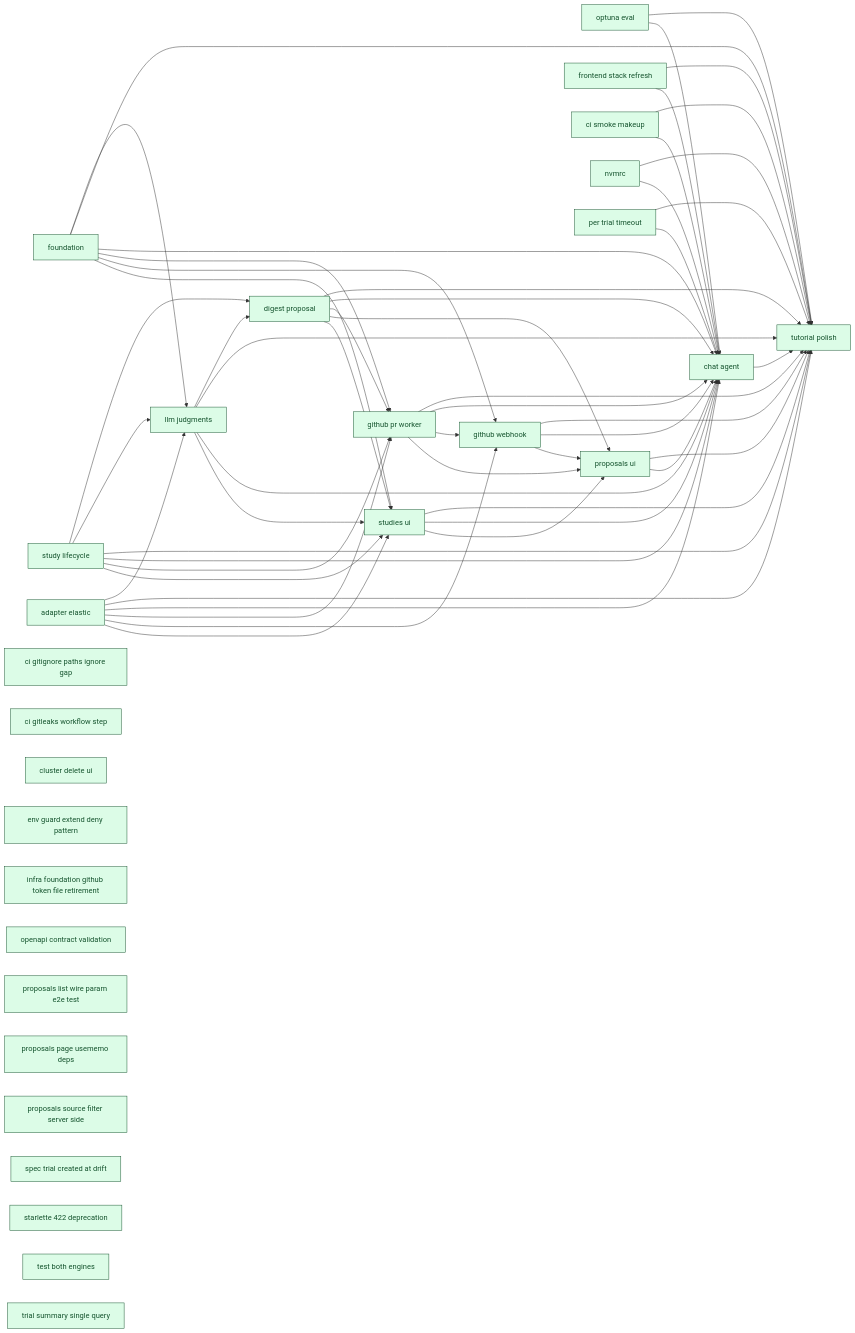
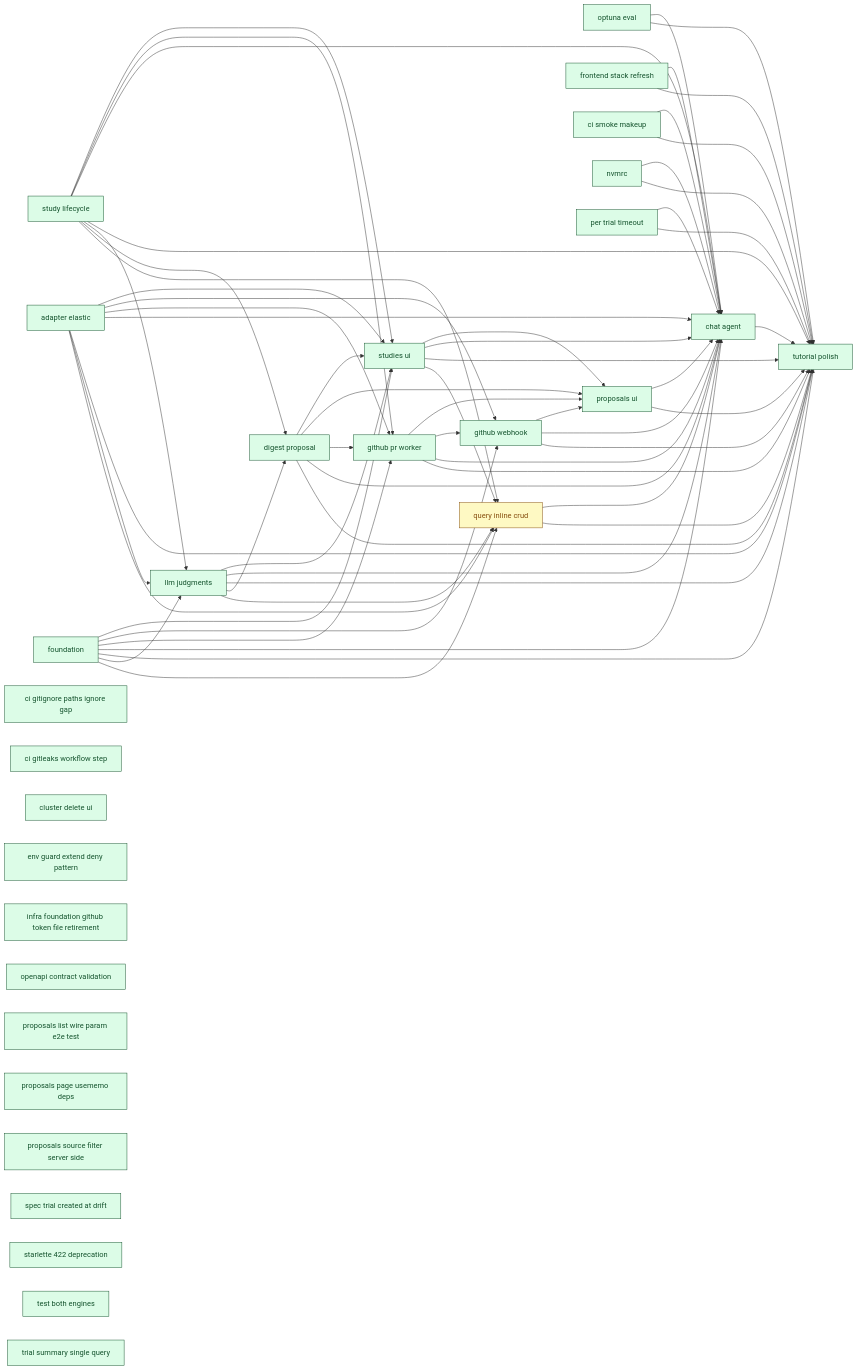
Before and after one commit to SoundMindsAI/relyloop: the diagram in docs/00_overview/MVP1_DASHBOARD.md, drawn with Mermaid. The commit also changed other lines of this file and 47 other files, not shown here.

First line of the commit message:
feat(query-inline-crud): backend GET/PATCH/DELETE + frontend QueriesTable with inline edit/metadata/delete + 409 toast (#101)

```diff
--- a/docs/00_overview/MVP1_DASHBOARD.md
+++ b/docs/00_overview/MVP1_DASHBOARD.md
@@ -99,6 +106,8 @@
   classDef plan fill:#fef9c3,stroke:#854d0e,color:#854d0e;
   classDef spec fill:#dbeafe,stroke:#1e40af,color:#1e40af;
   classDef idea fill:#f1f5f9,stroke:#334155,color:#334155;
+  feat_query_inline_crud["query inline crud"]
+  class feat_query_inline_crud plan;
   infra_foundation["foundation"]
   class infra_foundation done;
   feat_study_lifecycle["study lifecycle"]
@@ -157,6 +166,11 @@
   class infra_nvmrc done;
   infra_per_trial_timeout["per trial timeout"]
   class infra_per_trial_timeout done;
+  infra_foundation --> feat_query_inline_crud
+  infra_adapter_elastic --> feat_query_inline_crud
+  feat_study_lifecycle --> feat_query_inline_crud
+  feat_llm_judgments --> feat_query_inline_crud
+  feat_studies_ui --> feat_query_inline_crud
   feat_study_lifecycle --> feat_digest_proposal
   feat_llm_judgments --> feat_digest_proposal
   infra_foundation --> feat_llm_judgments
@@ -168,6 +182,7 @@
   feat_github_webhook --> chore_tutorial_polish
   feat_llm_judgments --> chore_tutorial_polish
   feat_proposals_ui --> chore_tutorial_polish
+  feat_query_inline_crud --> chore_tutorial_polish
   feat_studies_ui --> chore_tutorial_polish
   feat_study_lifecycle --> chore_tutorial_polish
   infra_adapter_elastic --> chore_tutorial_polish
@@ -182,6 +197,7 @@
   feat_github_webhook --> feat_chat_agent
   feat_llm_judgments --> feat_chat_agent
   feat_proposals_ui --> feat_chat_agent
+  feat_query_inline_crud --> feat_chat_agent
   feat_studies_ui --> feat_chat_agent
   feat_study_lifecycle --> feat_chat_agent
   infra_adapter_elastic --> feat_chat_agent
```
